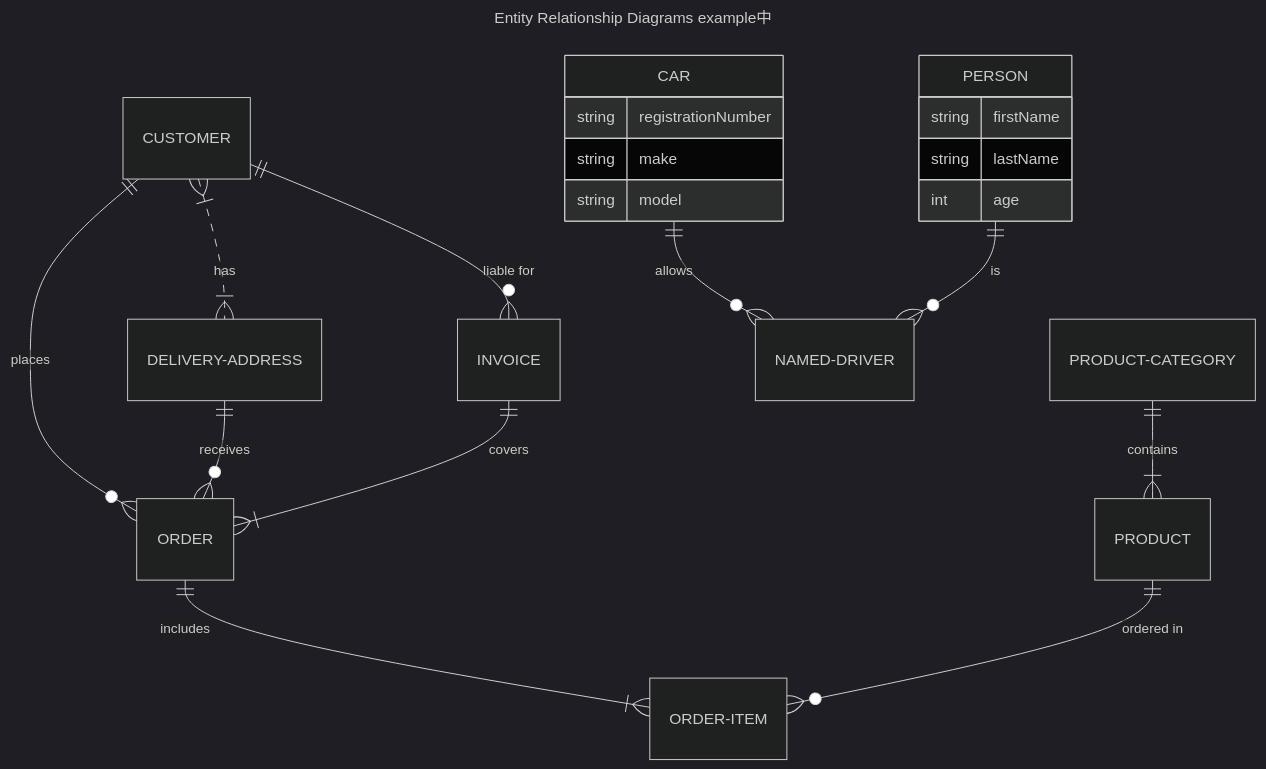
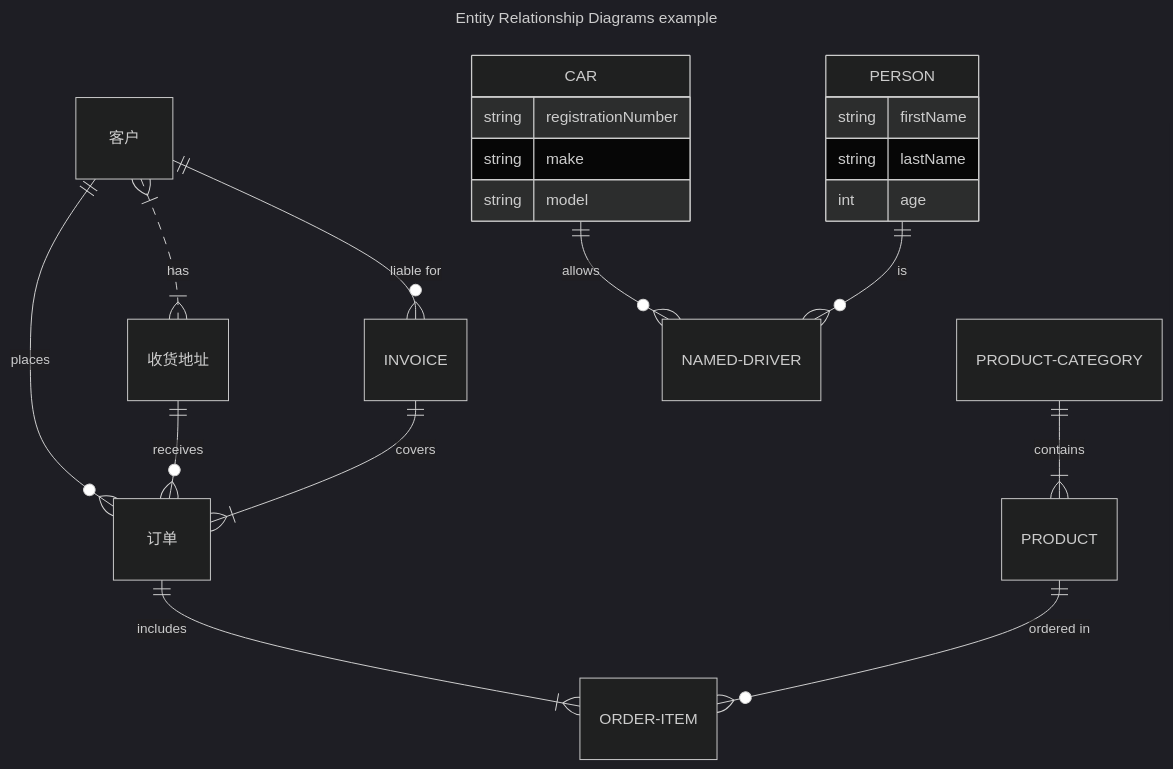
One commit to MadMaxChow/VLOOK changed diagram 11 of 32 in released/samples/chart.md. Above: the diagram before and after it, drawn with Mermaid (dark theme). The commit also changed other lines of this file and 227 other files, not shown here.

````diff
--- a/released/samples/chart.md
+++ b/released/samples/chart.md
@@ -752,27 +756,31 @@
 ```mermaid
 ---
-title: Entity Relationship Diagrams example中
+title: Entity Relationship Diagrams example
 ---
 erDiagram
+	CUSTOMER["客户"]
+	ORDER["订单"]
+	DELIVERY-ADDRESS["收货地址"]
+	
     CUSTOMER }|..|{ DELIVERY-ADDRESS : has
     CUSTOMER ||--o{ ORDER : places
     CUSTOMER ||--o{ INVOICE : "liable for"
     DELIVERY-ADDRESS ||--o{ ORDER : receives
     INVOICE ||--|{ ORDER : covers
     ORDER ||--|{ ORDER-ITEM : includes
     PRODUCT-CATEGORY ||--|{ PRODUCT : contains
     PRODUCT ||--o{ ORDER-ITEM : "ordered in"
     
     CAR ||--o{ NAMED-DRIVER : allows
     CAR {
         string registrationNumber
         string make
         string model
     }
     PERSON ||--o{ NAMED-DRIVER : is
     PERSON {
         string firstName
         string lastName
         int age
     }
 ```
````
